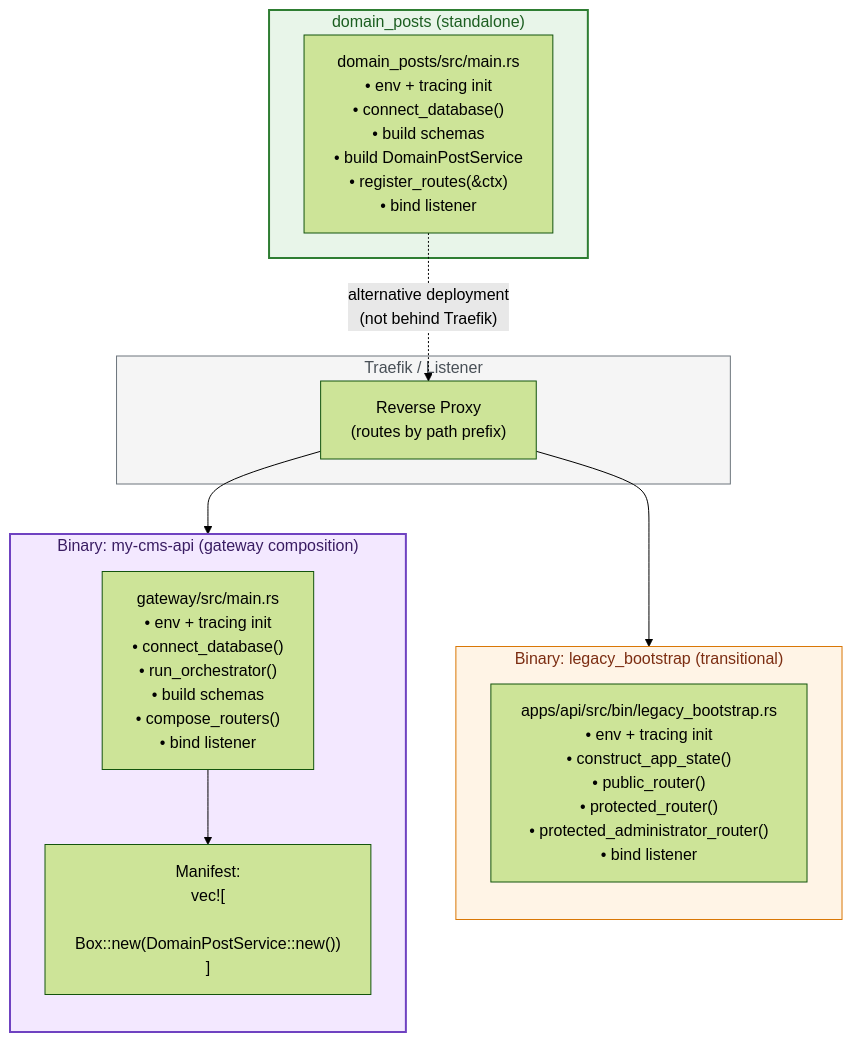
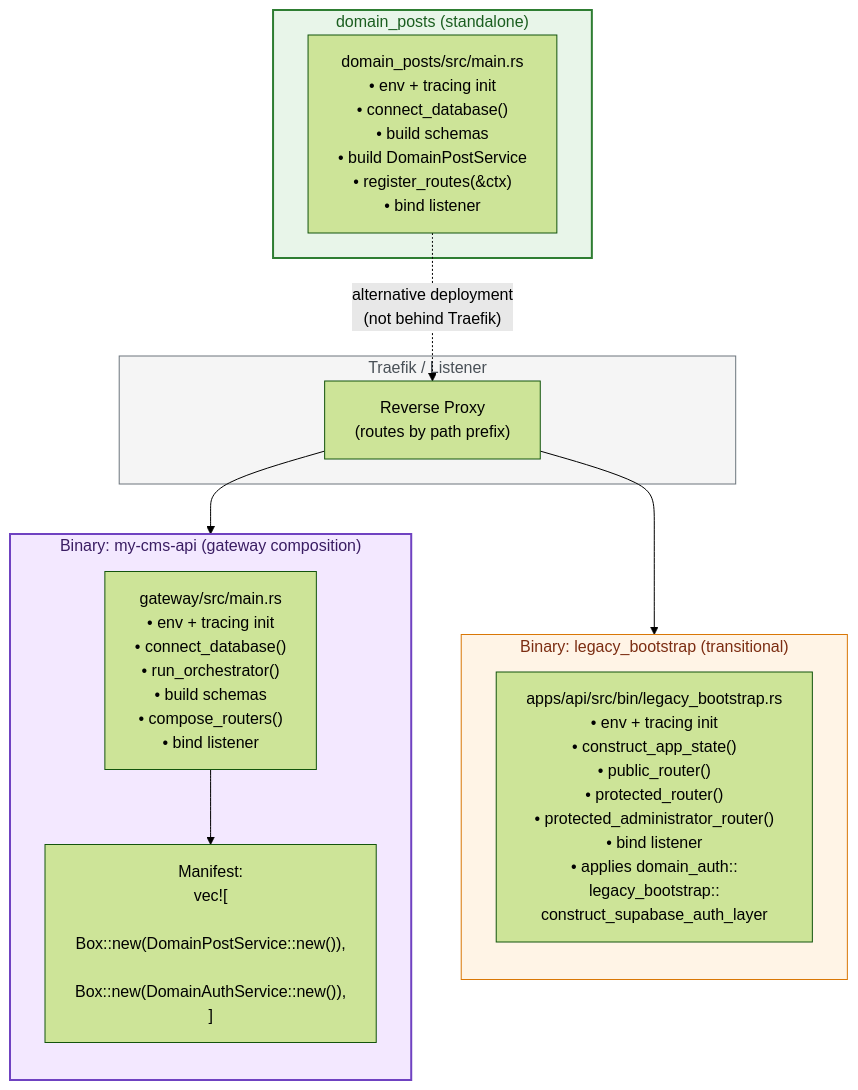
The second of 10 diagrams in docs/api-architecture.md (doitsu2014/my-cms), drawn with Mermaid (forest theme) before and after one commit. The commit also changed other lines of this file and 65 other files, not shown here.

First line of the commit message:
feat: extract authentication layer into a self-contained domain_auth crate

````diff
--- a/docs/api-architecture.md
+++ b/docs/api-architecture.md
@@ -73,36 +80,36 @@
 ```mermaid
 graph TB
     subgraph traefik["Traefik / Listener"]
         LB["Reverse Proxy<br/>(routes by path prefix)"]
     end
 
     subgraph binA["Binary: my-cms-api  (gateway composition)"]
         direction TB
         GA["gateway/src/main.rs<br/>• env + tracing init<br/>• connect_database()<br/>• run_orchestrator()<br/>• build schemas<br/>• compose_routers()<br/>• bind listener"]
-        MA["Manifest:<br/>vec![<br/>  Box::new(DomainPostService::new())<br/>]"]
+        MA["Manifest:<br/>vec![<br/>  Box::new(DomainPostService::new()),<br/>  Box::new(DomainAuthService::new()),<br/>]"]
         GA --> MA
     end
 
     subgraph binB["Binary: legacy_bootstrap  (transitional)"]
         direction TB
-        LA["apps/api/src/bin/legacy_bootstrap.rs<br/>• env + tracing init<br/>• construct_app_state()<br/>• public_router()<br/>• protected_router()<br/>• protected_administrator_router()<br/>• bind listener"]
+        LA["apps/api/src/bin/legacy_bootstrap.rs<br/>• env + tracing init<br/>• construct_app_state()<br/>• public_router()<br/>• protected_router()<br/>• protected_administrator_router()<br/>• bind listener<br/>• applies domain_auth::<br/>legacy_bootstrap::<br/>construct_supabase_auth_layer"]
     end
 
     subgraph dp["domain_posts (standalone)"]
         DA["domain_posts/src/main.rs<br/>• env + tracing init<br/>• connect_database()<br/>• build schemas<br/>• build DomainPostService<br/>• register_routes(&ctx)<br/>• bind listener"]
     end
 
     LB --> binA
     LB --> binB
     DA -. "alternative deployment<br/>(not behind Traefik)" .-> LB
 
     classDef gateway fill:#f3e8ff,stroke:#6f42c1,stroke-width:2px,color:#3a1d63
     classDef domain fill:#e8f5e9,stroke:#2e7d32,stroke-width:2px,color:#1b5e20
     classDef shim fill:#fff4e6,stroke:#d97706,stroke-width:1px,color:#7c2d12
     classDef lb fill:#f5f5f5,stroke:#6c757d,stroke-width:1px,color:#495057
 
     class binA gateway
     class dp domain
     class binB shim
     class traefik lb
 ```
````
